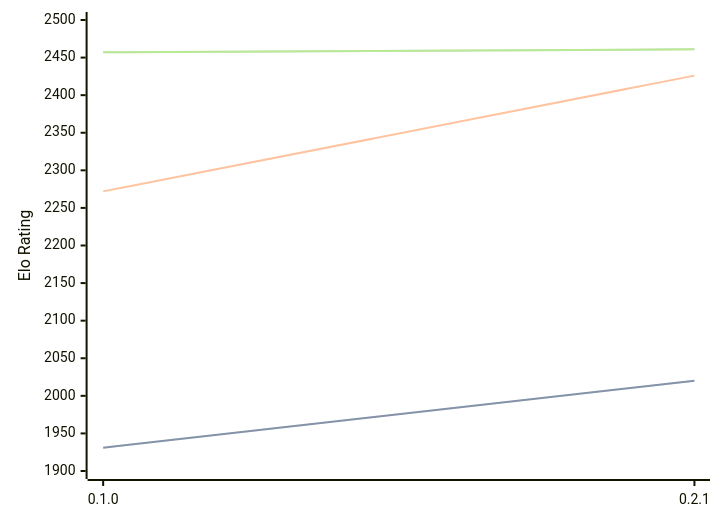
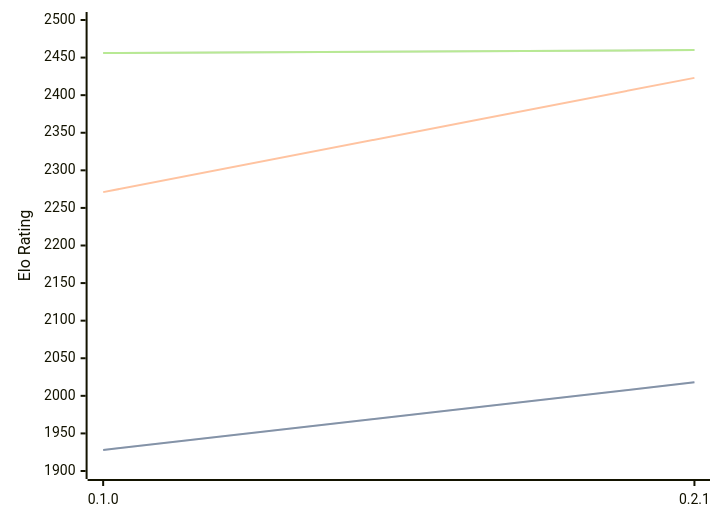
The diagram in engines/Sykora.md (computer-chess-index/cci), drawn with Mermaid before and after one commit. The commit also changed other lines of this file, not shown here.

Commit message:
Update CCI Ratings (ELO VLTC) - 2026-03-08

````diff
--- a/engines/Sykora.md
+++ b/engines/Sykora.md
@@ -30,11 +30,11 @@
 ```mermaid
 %%{init: {"theme":"base","themeVariables":{"seriesColors:['#a3a3a3','#222221','#faa371']}}}%%
 xychart-beta
   x-axis ["0.1.0", "0.2.1"]
   y-axis "Elo Rating" 1900 --> 2500
-  line "STC (8.0+0.08s)" [1931, 2020]
-  line "STC (8.0+0.08s)" [1931, 2020]
-  line "LTC (60.0+0.60s)" [2272, 2426]
-  line "VLTC (2m24s+1.12s)" [2457, 2461]
-  line "VLTC (2m24s+1.12s)" [2457, 2461]
+  line "STC (8.0+0.08s)" [1928, 2018]
+  line "STC (8.0+0.08s)" [1928, 2018]
+  line "LTC (60.0+0.60s)" [2271, 2423]
+  line "VLTC (2m24s+1.12s)" [2456, 2460]
+  line "VLTC (2m24s+1.12s)" [2456, 2460]
 ```
````
